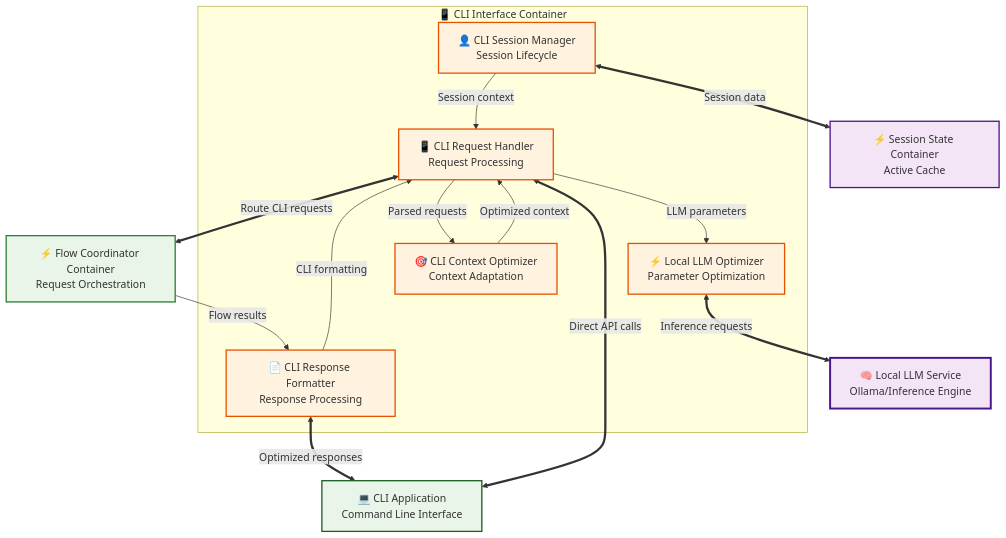
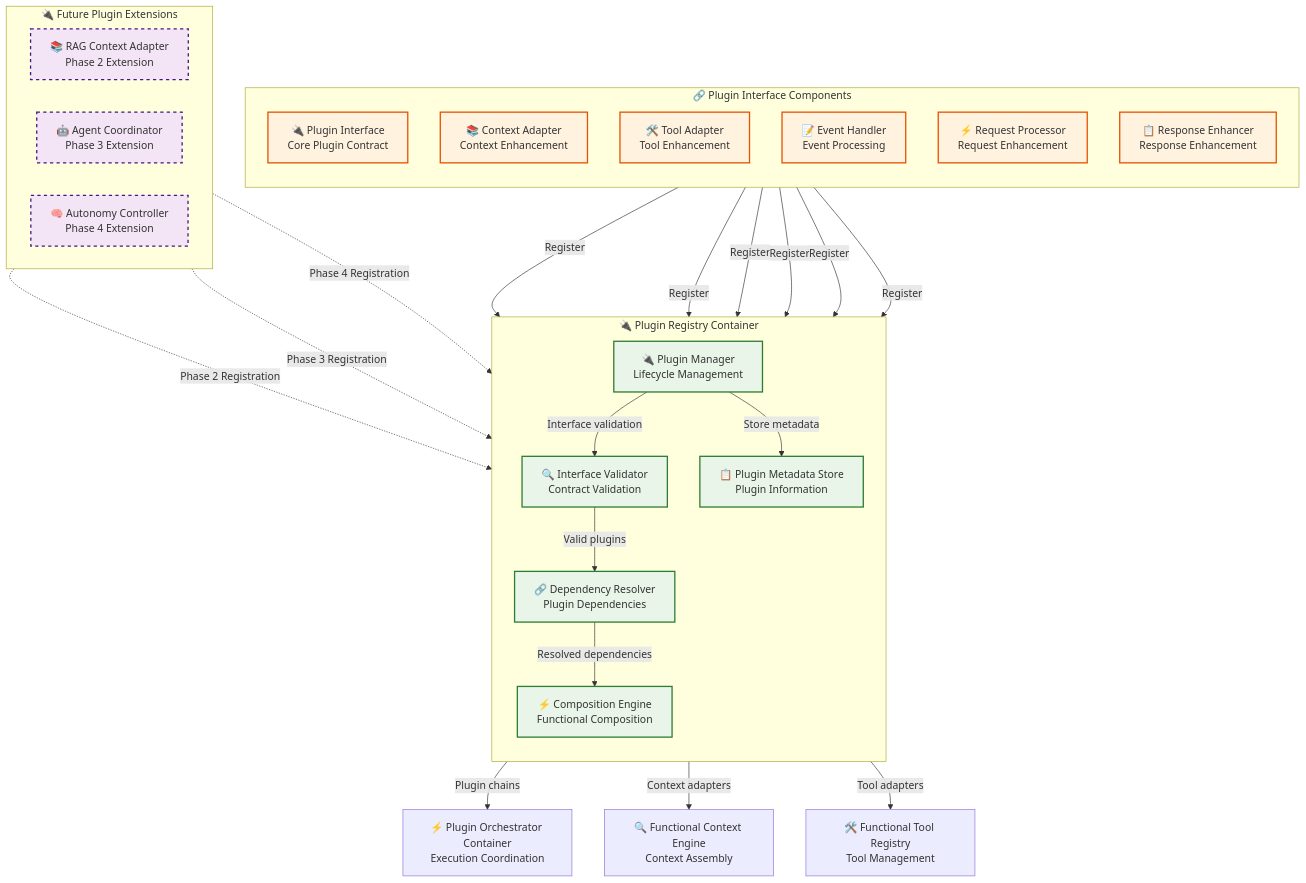
The first of 3 diagrams in docs/design/component.phase.1.md (zhifengzhang-sz/mcp-server), drawn with Mermaid before and after one commit. The commit also changed other lines of this file and 5 other files, not shown here.

````diff
--- a/docs/design/component.phase.1.md
+++ b/docs/design/component.phase.1.md
@@ -12,44 +12,78 @@
 ```mermaid
 graph TB
-    %% CLI Interface Container
-    subgraph CLIContainer["📱 CLI Interface Container"]
-        CLIRequestHandler[📱 CLI Request Handler<br/>Request Processing]
-        CLIResponseFormatter[📄 CLI Response Formatter<br/>Response Processing]
-        CLISessionManager[👤 CLI Session Manager<br/>Session Lifecycle]
-        LocalLLMOptimizer[⚡ Local LLM Optimizer<br/>Parameter Optimization]
-        CLIContextOptimizer[🎯 CLI Context Optimizer<br/>Context Adaptation]
+    %% Core Plugin Registry System
+    subgraph PluginRegistryContainer["🔌 Plugin Registry Container"]
+        direction TB
+        PluginManager[🔌 Plugin Manager<br/>Lifecycle Management]
+        InterfaceValidator[🔍 Interface Validator<br/>Contract Validation]
+        DependencyResolver[🔗 Dependency Resolver<br/>Plugin Dependencies]
+        CompositionEngine[⚡ Composition Engine<br/>Functional Composition]
+        PluginMetadataStore[📋 Plugin Metadata Store<br/>Plugin Information]
+    end
+    
+    %% Plugin Interface Components
+    subgraph PluginInterfaces["🔗 Plugin Interface Components"]
+        direction TB
+        PluginInterface[🔌 Plugin Interface<br/>Core Plugin Contract]
+        ContextAdapter[📚 Context Adapter<br/>Context Enhancement]
+        ToolAdapter[🛠️ Tool Adapter<br/>Tool Enhancement]
+        EventHandler[📝 Event Handler<br/>Event Processing]
+        RequestProcessor[⚡ Request Processor<br/>Request Enhancement]
+        ResponseEnhancer[📋 Response Enhancer<br/>Response Enhancement]
+    end
+    
+    %% Future Plugin Extensions
+    subgraph FuturePlugins["🔌 Future Plugin Extensions"]
+        direction LR
+        RAGContextAdapter[📚 RAG Context Adapter<br/>Phase 2 Extension]
+        AgentCoordinator[🤖 Agent Coordinator<br/>Phase 3 Extension]
+        AutonomyController[🧠 Autonomy Controller<br/>Phase 4 Extension]
     end
     
     %% External Systems
-    CLIApp[💻 CLI Application<br/>Command Line Interface]
-    FlowCoordinator[⚡ Flow Coordinator Container<br/>Request Orchestration]
-    LocalLLM[🧠 Local LLM Service<br/>Ollama/Inference Engine]
-    SessionState[⚡ Session State Container<br/>Active Cache]
+    PluginOrchestrator[⚡ Plugin Orchestrator Container<br/>Execution Coordination]
+    FunctionalContextEngine[🔍 Functional Context Engine<br/>Context Assembly]
+    FunctionalToolRegistry[🛠️ Functional Tool Registry<br/>Tool Management]
     
-    %% External Connections
-    CLIApp <==>|"Direct API calls"| CLIRequestHandler
-    CLIRequestHandler <==>|"Route CLI requests"| FlowCoordinator
-    CLIResponseFormatter <==>|"Optimized responses"| CLIApp
-    LocalLLMOptimizer <==>|"Inference requests"| LocalLLM
-    CLISessionManager <==>|"Session data"| SessionState
+    %% Plugin Management Flow
+    PluginManager -->|"Interface validation"| InterfaceValidator
+    InterfaceValidator -->|"Valid plugins"| DependencyResolver
+    DependencyResolver -->|"Resolved dependencies"| CompositionEngine
+    CompositionEngine -->|"Plugin chains"| PluginOrchestrator
+    PluginManager -->|"Store metadata"| PluginMetadataStore
     
-    %% Internal Component Flow
-    CLIRequestHandler -->|"Parsed requests"| CLIContextOptimizer
-    CLIContextOptimizer -->|"Optimized context"| CLIRequestHandler
-    CLISessionManager -->|"Session context"| CLIRequestHandler
-    CLIRequestHandler -->|"LLM parameters"| LocalLLMOptimizer
-    FlowCoordinator -->|"Flow results"| CLIResponseFormatter
-    CLIResponseFormatter -->|"CLI formatting"| CLIRequestHandler
+    %% Plugin Interface Registration
+    PluginInterface -->|"Register"| PluginManager
+    ContextAdapter -->|"Register"| PluginManager
+    ToolAdapter -->|"Register"| PluginManager
+    EventHandler -->|"Register"| PluginManager
+    RequestProcessor -->|"Register"| PluginManager
+    ResponseEnhancer -->|"Register"| PluginManager
+    
+    %% Future Plugin Registration (Dashed for Future)
+    RAGContextAdapter -.->|"Phase 2 Registration"| PluginManager
+    AgentCoordinator -.->|"Phase 3 Registration"| PluginManager
+    AutonomyController -.->|"Phase 4 Registration"| PluginManager
+    
+    %% Plugin Application Points
+    CompositionEngine -->|"Context adapters"| FunctionalContextEngine
+    CompositionEngine -->|"Tool adapters"| FunctionalToolRegistry
     
     %% Styling
-    style CLIRequestHandler fill:#fff3e0,stroke:#e65100,stroke-width:2px
-    style CLIResponseFormatter fill:#fff3e0,stroke:#e65100,stroke-width:2px
-    style CLISessionManager fill:#fff3e0,stroke:#e65100,stroke-width:2px
-    style LocalLLMOptimizer fill:#fff3e0,stroke:#e65100,stroke-width:2px
-    style CLIContextOptimizer fill:#fff3e0,stroke:#e65100,stroke-width:2px
+    style PluginManager fill:#e8f5e8,stroke:#2e7d32,stroke-width:2px
+    style InterfaceValidator fill:#e8f5e8,stroke:#2e7d32,stroke-width:2px
+    style DependencyResolver fill:#e8f5e8,stroke:#2e7d32,stroke-width:2px
+    style CompositionEngine fill:#e8f5e8,stroke:#2e7d32,stroke-width:2px
+    style PluginMetadataStore fill:#e8f5e8,stroke:#2e7d32,stroke-width:2px
     
-    style CLIApp fill:#e8f5e8,stroke:#1b5e20,stroke-width:2px
-    style FlowCoordinator fill:#e8f5e8,stroke:#2e7d32,stroke-width:2px
-    style LocalLLM fill:#f3e5f5,stroke:#4a148c,stroke-width:3px
-    style SessionState fill:#f3e5f5,stroke:#4a148c,stroke-width:2px
+    style PluginInterface fill:#fff3e0,stroke:#e65100,stroke-width:2px
+    style ContextAdapter fill:#fff3e0,stroke:#e65100,stroke-width:2px
+    style ToolAdapter fill:#fff3e0,stroke:#e65100,stroke-width:2px
+    style EventHandler fill:#fff3e0,stroke:#e65100,stroke-width:2px
+    style RequestProcessor fill:#fff3e0,stroke:#e65100,stroke-width:2px
+    style ResponseEnhancer fill:#fff3e0,stroke:#e65100,stroke-width:2px
+    
+    style RAGContextAdapter fill:#f3e5f5,stroke:#4a148c,stroke-width:2px,stroke-dasharray: 5 5
+    style AgentCoordinator fill:#f3e5f5,stroke:#4a148c,stroke-width:2px,stroke-dasharray: 5 5
+    style AutonomyController fill:#f3e5f5,stroke:#4a148c,stroke-width:2px,stroke-dasharray: 5 5
 ```
````
